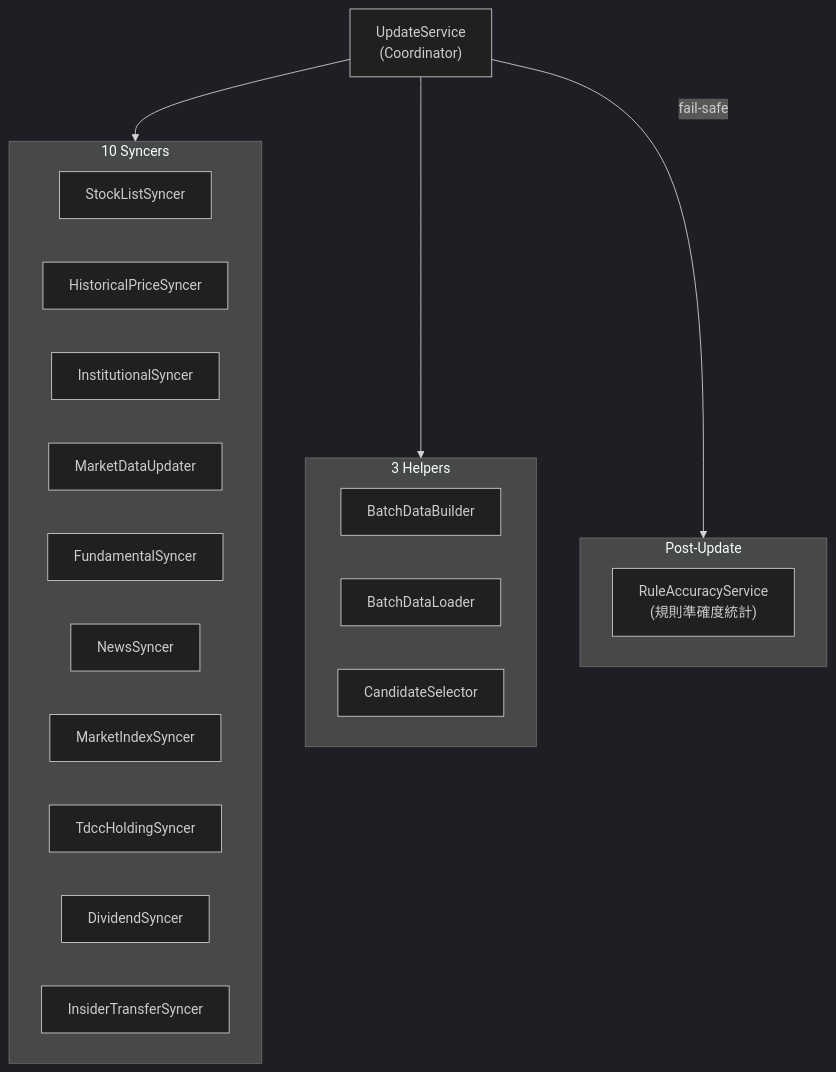
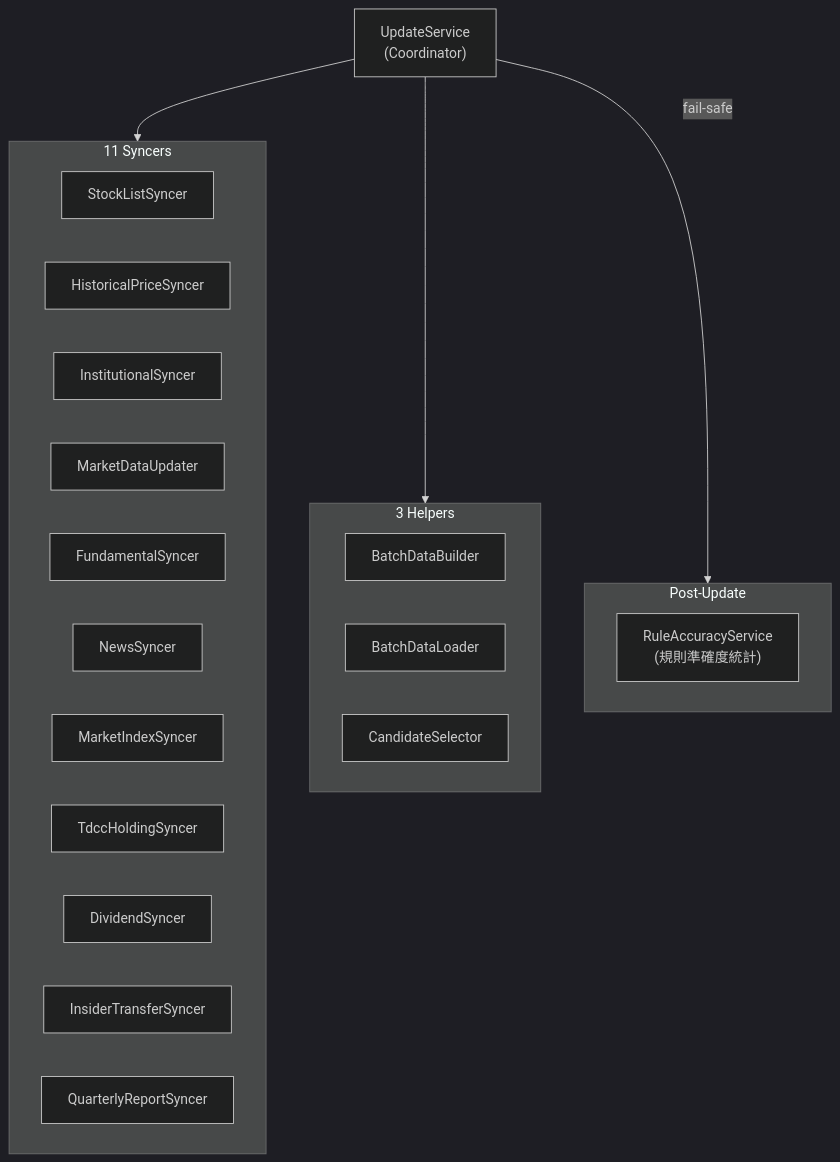
One commit to Neal75418/afterclose changed the diagram in .claude/rules/update-pipeline.md. Above: the diagram before and after it, drawn with Mermaid. The commit also changed other lines of this file and 30 other files, not shown here.

````diff
--- a/.claude/rules/update-pipeline.md
+++ b/.claude/rules/update-pipeline.md
@@ -13,32 +13,33 @@
 ```mermaid
 %%{init: {'theme': 'dark'}}%%
 graph TB
     US["UpdateService<br/>(Coordinator)"]
 
-    subgraph Syncers["10 Syncers"]
+    subgraph Syncers["11 Syncers"]
         SLS["StockListSyncer"]
         HPS["HistoricalPriceSyncer"]
         IS["InstitutionalSyncer"]
         MDU["MarketDataUpdater"]
         FS["FundamentalSyncer"]
         NS["NewsSyncer"]
         MIS["MarketIndexSyncer"]
         THS["TdccHoldingSyncer"]
         DS["DividendSyncer"]
         ITS["InsiderTransferSyncer"]
+        QRS["QuarterlyReportSyncer"]
     end
 
     subgraph Helpers["3 Helpers"]
         BDB["BatchDataBuilder"]
         BDL["BatchDataLoader"]
         CS["CandidateSelector"]
     end
 
     subgraph PostUpdate["Post-Update"]
         RAS["RuleAccuracyService<br/>(規則準確度統計)"]
     end
 
     US --> Syncers
     US --> Helpers
     US -->|fail-safe| PostUpdate
 ```
````
